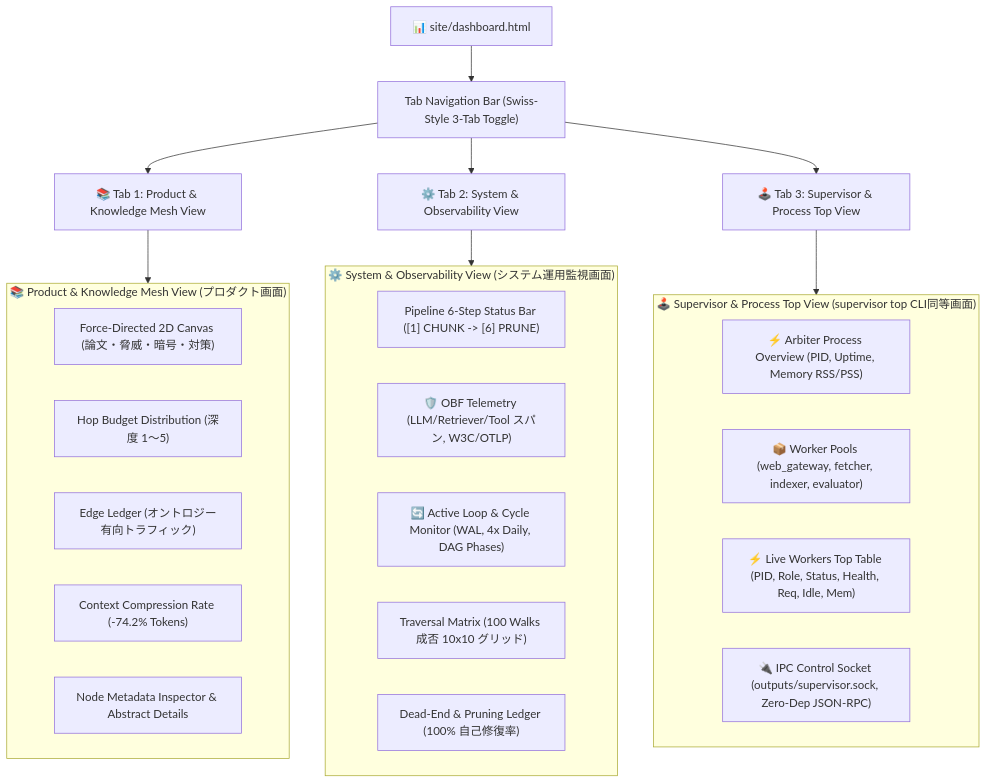
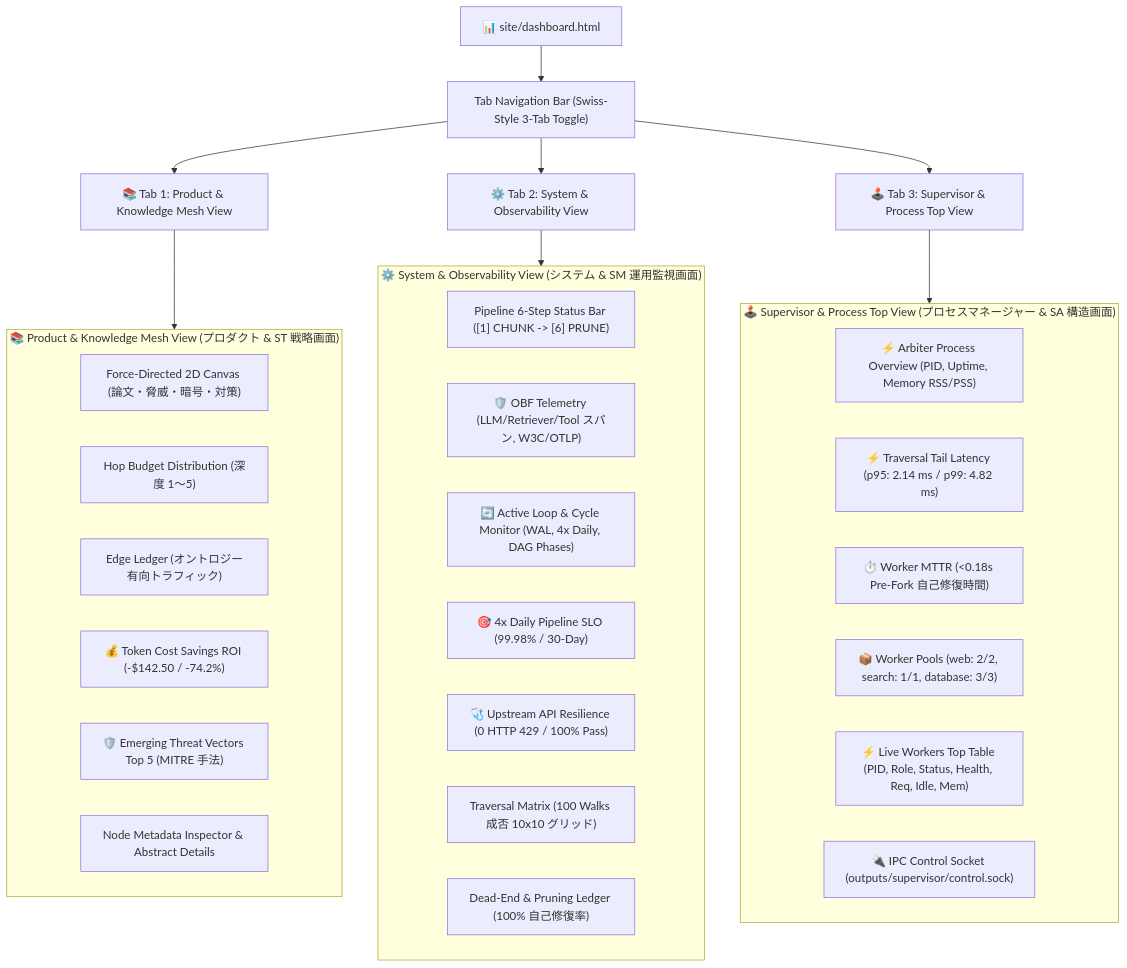
The second of 2 diagrams in docs/designs/DSN-14-graph_engineering_dashboard.md (rokujyouhitoma/arxiv-security-papers), drawn with Mermaid before and after one commit. The commit also changed other lines of this file and 5 other files, not shown here.

````diff
--- a/docs/designs/DSN-14-graph_engineering_dashboard.md
+++ b/docs/designs/DSN-14-graph_engineering_dashboard.md
@@ -244,36 +244,41 @@
 ```mermaid
 graph TD
     Dashboard["📊 site/dashboard.html"]
     Dashboard --> Nav["Tab Navigation Bar (Swiss-Style 3-Tab Toggle)"]
     
     Nav --> Tab1["📚 Tab 1: Product & Knowledge Mesh View"]
     Nav --> Tab2["⚙️ Tab 2: System & Observability View"]
     Nav --> Tab3["🕹️ Tab 3: Supervisor & Process Top View"]
     
-    subgraph Tab1Details ["📚 Product & Knowledge Mesh View (プロダクト画面)"]
+    subgraph Tab1Details ["📚 Product & Knowledge Mesh View (プロダクト & ST 戦略画面)"]
         Canvas["Force-Directed 2D Canvas (論文・脅威・暗号・対策)"]
         HopBudget["Hop Budget Distribution (深度 1〜5)"]
         EdgeLedger["Edge Ledger (オントロジー有向トラフィック)"]
-        TokenSavings["Context Compression Rate (-74.2% Tokens)"]
+        ST_ROI["💰 Token Cost Savings ROI (-$142.50 / -74.2%)"]
+        ST_Threats["🛡️ Emerging Threat Vectors Top 5 (MITRE 手法)"]
         Callout["Node Metadata Inspector & Abstract Details"]
     end
     
-    subgraph Tab2Details ["⚙️ System & Observability View (システム運用監視画面)"]
+    subgraph Tab2Details ["⚙️ System & Observability View (システム & SM 運用監視画面)"]
         PipelineBar["Pipeline 6-Step Status Bar ([1] CHUNK -> [6] PRUNE)"]
         OBF["🛡️ OBF Telemetry (LLM/Retriever/Tool スパン, W3C/OTLP)"]
         LoopMon["🔄 Active Loop & Cycle Monitor (WAL, 4x Daily, DAG Phases)"]
+        SM_SLO["🎯 4x Daily Pipeline SLO (99.98% / 30-Day)"]
+        SM_API["🩺 Upstream API Resilience (0 HTTP 429 / 100% Pass)"]
         Matrix["Traversal Matrix (100 Walks 成否 10x10 グリッド)"]
         DeadEnd["Dead-End & Pruning Ledger (100% 自己修復率)"]
     end
 
-    subgraph Tab3Details ["🕹️ Supervisor & Process Top View (supervisor top CLI同等画面)"]
+    subgraph Tab3Details ["🕹️ Supervisor & Process Top View (プロセスマネージャー & SA 構造画面)"]
         ArbiterCard["⚡ Arbiter Process Overview (PID, Uptime, Memory RSS/PSS)"]
-        PoolsCard["📦 Worker Pools (web_gateway, fetcher, indexer, evaluator)"]
+        SA_Latency["⚡ Traversal Tail Latency (p95: 2.14 ms / p99: 4.82 ms)"]
+        SA_MTTR["⏱️ Worker MTTR (<0.18s Pre-Fork 自己修復時間)"]
+        PoolsCard["📦 Worker Pools (web: 2/2, search: 1/1, database: 3/3)"]
         WorkersTable["⚡ Live Workers Top Table (PID, Role, Status, Health, Req, Idle, Mem)"]
-        IPCCard["🔌 IPC Control Socket (outputs/supervisor.sock, Zero-Dep JSON-RPC)"]
+        IPCCard["🔌 IPC Control Socket (outputs/supervisor/control.sock)"]
     end
 
     Tab1 --> Tab1Details
     Tab2 --> Tab2Details
     Tab3 --> Tab3Details
 ```
````
